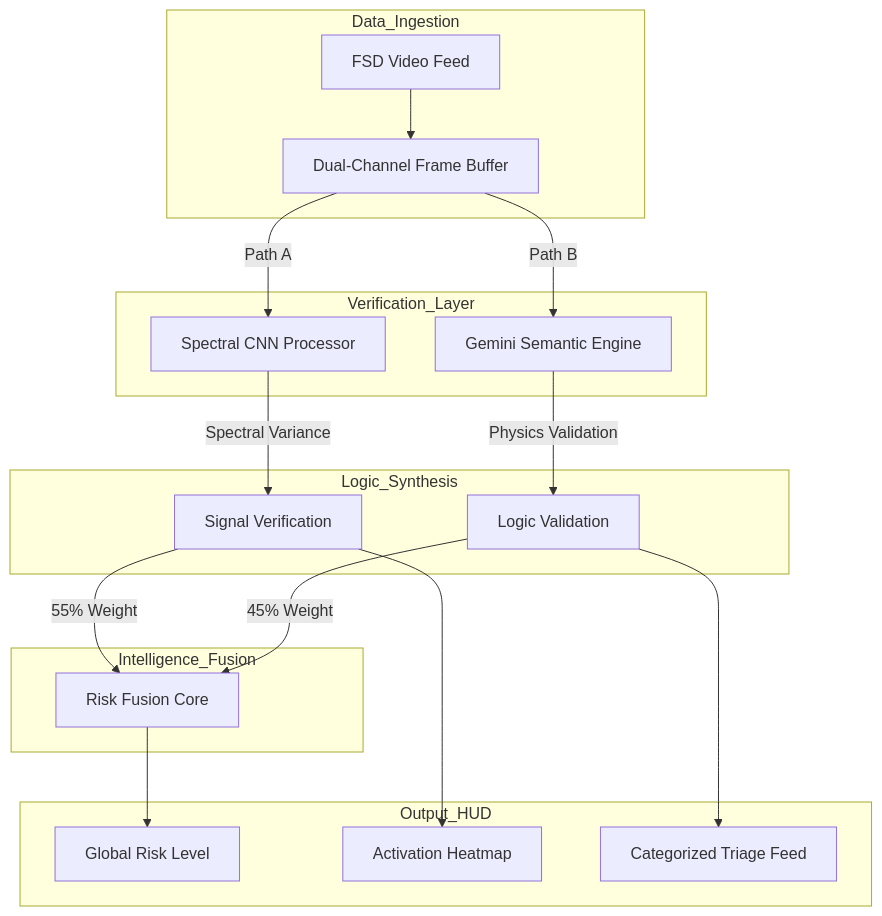
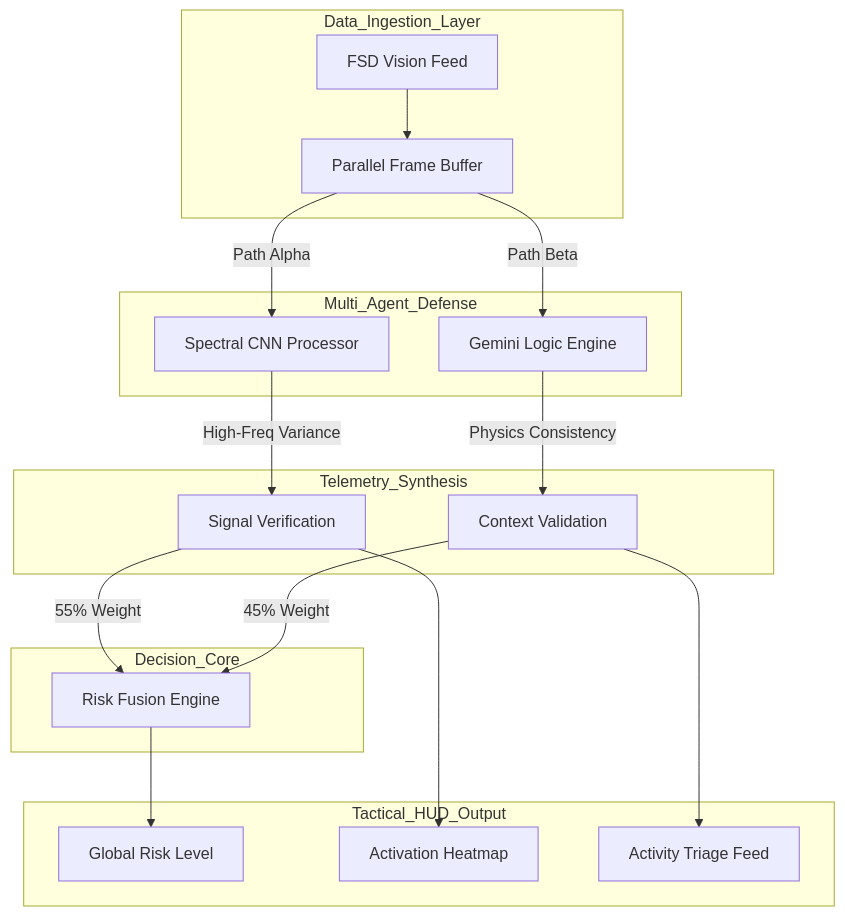
Before and after one commit to ritvikindupuri/FSD_Security: the first of 3 diagrams in documentation.md, drawn with Mermaid. The commit also changed other lines of this file, not shown here.

````diff
--- a/documentation.md
+++ b/documentation.md
@@ -40,27 +50,27 @@
 ```mermaid
 graph TD
-    subgraph Data_Ingestion
-    VS[FSD Video Feed] --> FB[Dual-Channel Frame Buffer]
+    subgraph Data_Ingestion_Layer
+    VS[FSD Vision Feed] --> FB[Parallel Frame Buffer]
     end
     
-    subgraph Verification_Layer
-    FB --> |Path A| CNN[Spectral CNN Processor]
-    FB --> |Path B| GEM[Gemini Semantic Engine]
+    subgraph Multi_Agent_Defense
+    FB --> |Path Alpha| CNN[Spectral CNN Processor]
+    FB --> |Path Beta| GEM[Gemini Logic Engine]
     end
     
-    subgraph Logic_Synthesis
-    CNN --> |Spectral Variance| SA[Signal Verification]
-    GEM --> |Physics Validation| CV[Logic Validation]
+    subgraph Telemetry_Synthesis
+    CNN --> |High-Freq Variance| SA[Signal Verification]
+    GEM --> |Physics Consistency| CV[Context Validation]
     end
     
-    subgraph Intelligence_Fusion
-    SA --> |55% Weight| FUS[Risk Fusion Core]
+    subgraph Decision_Core
+    SA --> |55% Weight| FUS[Risk Fusion Engine]
     CV --> |45% Weight| FUS
     end
     
-    subgraph Output_HUD
+    subgraph Tactical_HUD_Output
     FUS --> RM[Global Risk Level]
     SA --> HM[Activation Heatmap]
-    CV --> AF[Categorized Triage Feed]
+    CV --> AF[Activity Triage Feed]
     end
 ```
````
